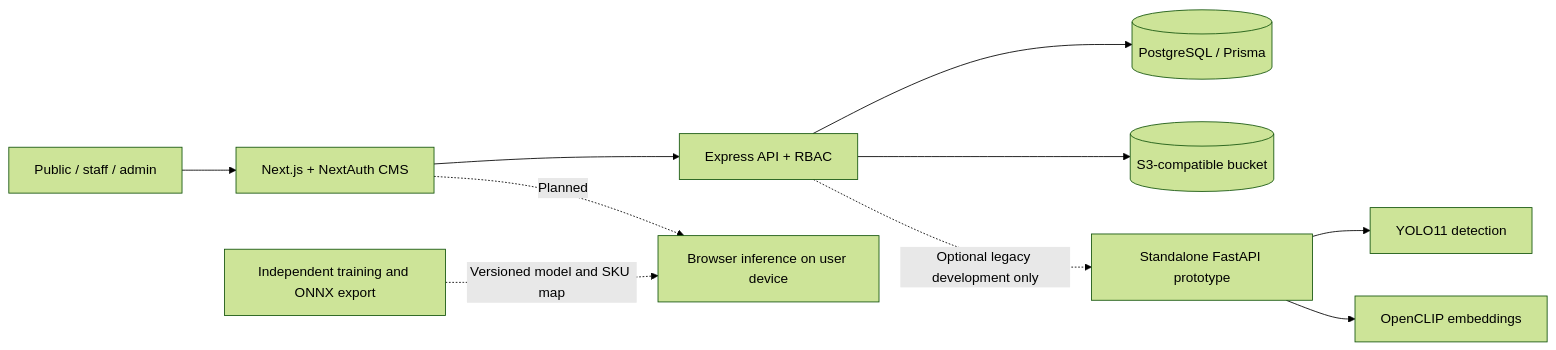
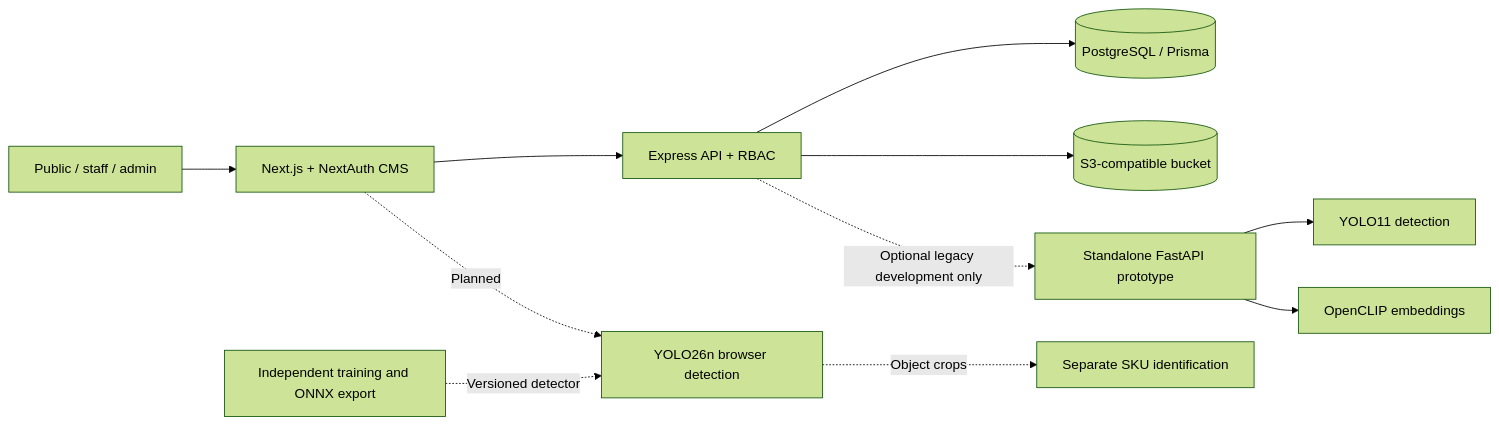
One commit to sweng-grp018/asceoft-product-library changed the diagram in README.md. Above: the diagram before and after it, drawn with Mermaid (forest theme). The commit also changed other lines of this file and 3 other files, not shown here.

First line of the commit message:
docs(ai): describe YOLO26n detection and separate SKU matching

````diff
--- a/README.md
+++ b/README.md
@@ -52,12 +55,13 @@
 ```mermaid
 flowchart LR
   V[Public / staff / admin] --> W[Next.js + NextAuth CMS]
   W --> E[Express API + RBAC]
   E --> P[(PostgreSQL / Prisma)]
   E --> S[(S3-compatible bucket)]
   E -. Optional legacy development only .-> A[Standalone FastAPI prototype]
   A --> Y[YOLO11 detection]
   A --> C[OpenCLIP embeddings]
-  W -. Planned .-> B[Browser inference on user device]
-  M[Independent training and ONNX export] -. Versioned model and SKU map .-> B
+  W -. Planned .-> B[YOLO26n browser detection]
+  M[Independent training and ONNX export] -. Versioned detector .-> B
+  B -. Object crops .-> I[Separate SKU identification]
 ```
````
